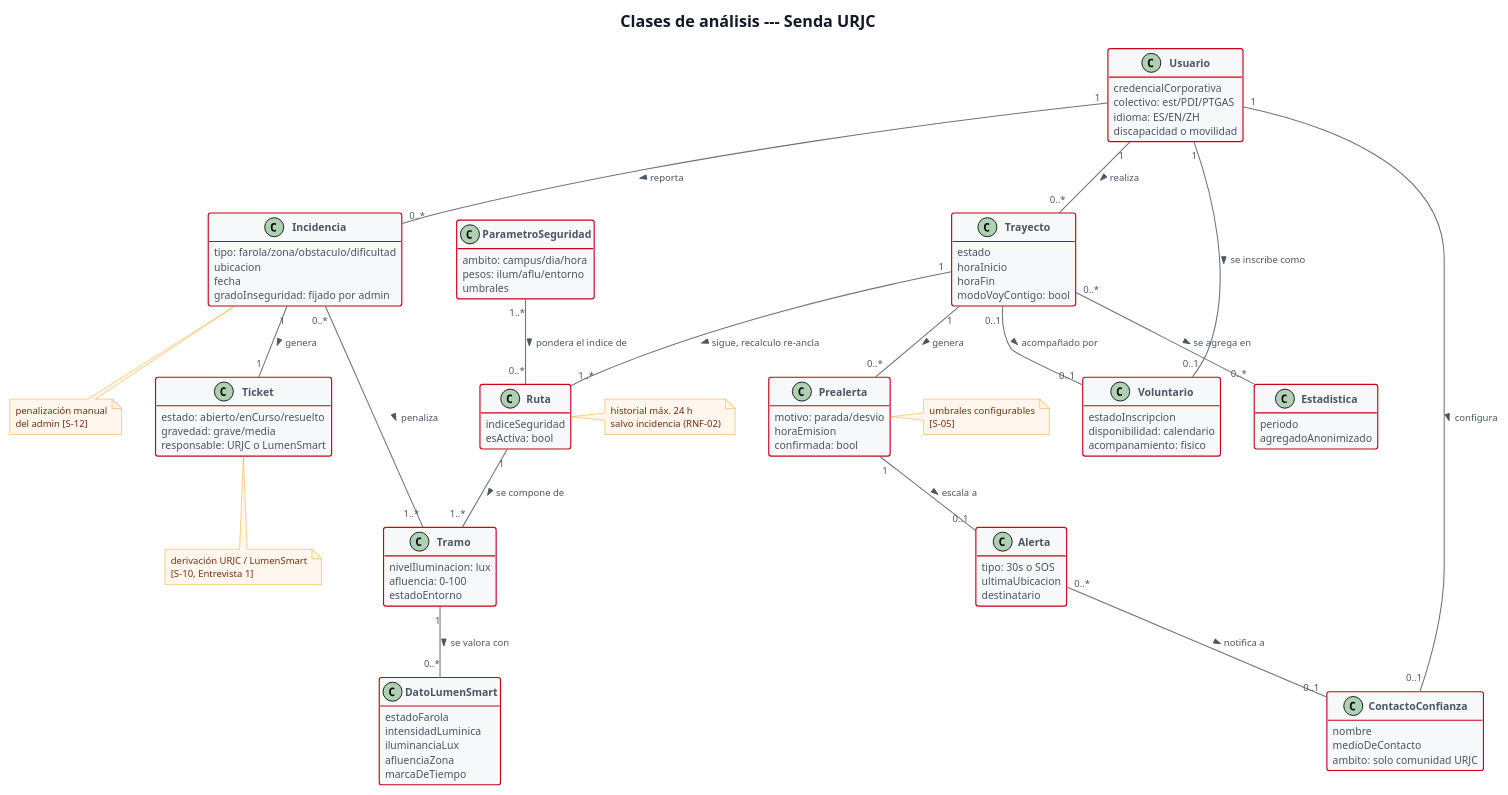
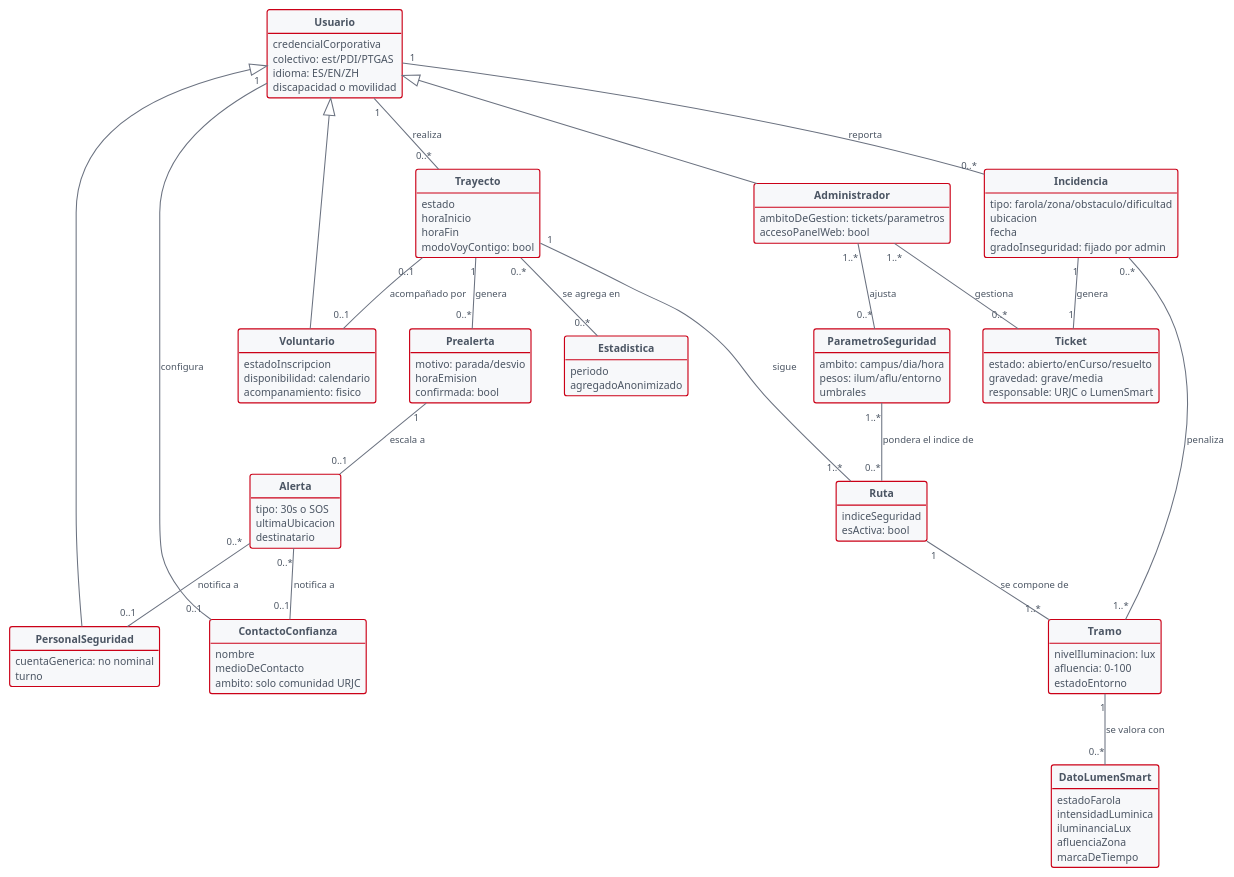
One commit to adrianpalacio/tfg-senda-urjc changed the diagram in fase3-especificacion/uml/clases-analisis.puml. Above: the diagram before and after it, drawn with PlantUML. The commit also changed 7 other files, not shown here.

Commit message:
UML rehechos tras la revision del tutor: casos de uso ampliados (solicitar/atender acompanamiento separados, sin flechas actor-CU, sin notas), clases con jerarquia de roles, estados planos sin marcadores de supuesto

```diff
--- a/fase3-especificacion/uml/clases-analisis.puml
+++ b/fase3-especificacion/uml/clases-analisis.puml
@@ -1,137 +1,141 @@
 @startuml clases-analisis
-' Rama tradicional - clases de analisis (actualizado 25/08/2026 tras Entrevista 1)
+' Rama tradicional - clases de analisis
+' Rehecho 12/09/2026 segun comentarios del tutor (pag 96 de la revision):
+' sin titulo interno, sin circulito de clase, sin marcadores de direccion en
+' las etiquetas, sin notas, y con la jerarquia de roles que hereda de Usuario.
 ' Nota: se evita el uso de parentesis en los atributos porque con "hide methods"
 ' PlantUML los interpretaria como metodos y los ocultaria.
 skinparam backgroundColor #FFFFFF
 skinparam shadowing false
 skinparam classAttributeIconSize 0
 hide methods
+hide circle
 skinparam defaultFontName "Segoe UI"
 skinparam defaultFontSize 12
 skinparam ArrowColor #6B7280
 skinparam ArrowThickness 1.1
 skinparam ArrowFontColor #4B5563
 skinparam ArrowFontSize 10
-skinparam TitleFontName "Segoe UI Semibold"
-skinparam TitleFontSize 17
-skinparam TitleFontColor #111827
 skinparam class {
   BackgroundColor #F7F8FA
   BorderColor #CB0017
   BorderThickness 1.2
   FontColor #111827
   FontStyle bold
   AttributeFontColor #4B5563
   AttributeFontSize 11
 }
-skinparam note {
-  BackgroundColor #FFF7ED
-  BorderColor #F59E0B
-  FontColor #7C2D12
-  FontSize 10
-}
-
-title Clases de análisis --- Senda URJC
 
 class Usuario {
   credencialCorporativa
   colectivo: est/PDI/PTGAS
   idioma: ES/EN/ZH
   discapacidad o movilidad
 }
 
+class Voluntario {
+  estadoInscripcion
+  disponibilidad: calendario
+  acompanamiento: fisico
+}
+
+class Administrador {
+  ambitoDeGestion: tickets/parametros
+  accesoPanelWeb: bool
+}
+
+class PersonalSeguridad {
+  cuentaGenerica: no nominal
+  turno
+}
+
+Usuario <|-- Voluntario
+Usuario <|-- Administrador
+Usuario <|-- PersonalSeguridad
+
 class ContactoConfianza {
   nombre
   medioDeContacto
   ambito: solo comunidad URJC
-}
-
-class Voluntario {
-  estadoInscripcion
-  disponibilidad: calendario
-  acompanamiento: fisico
 }
 
 class Trayecto {
   estado
   horaInicio
   horaFin
   modoVoyContigo: bool
 }
 
 class Ruta {
   indiceSeguridad
   esActiva: bool
 }
 
 class Tramo {
   nivelIluminacion: lux
   afluencia: 0-100
   estadoEntorno
 }
 
 class DatoLumenSmart {
   estadoFarola
   intensidadLuminica
   iluminanciaLux
   afluenciaZona
   marcaDeTiempo
 }
 
 class Prealerta {
   motivo: parada/desvio
   horaEmision
   confirmada: bool
 }
 
 class Alerta {
   tipo: 30s o SOS
   ultimaUbicacion
   destinatario
 }
 
 class Incidencia {
   tipo: farola/zona/obstaculo/dificultad
   ubicacion
   fecha
   gradoInseguridad: fijado por admin
 }
 
 class Ticket {
   estado: abierto/enCurso/resuelto
   gravedad: grave/media
   responsable: URJC o LumenSmart
 }
 
 class ParametroSeguridad {
   ambito: campus/dia/hora
   pesos: ilum/aflu/entorno
   umbrales
 }
 
 class Estadistica {
   periodo
   agregadoAnonimizado
 }
 
-Usuario "1" -- "0..1" ContactoConfianza : configura >
-Usuario "1" -- "0..1" Voluntario : se inscribe como >
-Usuario "1" -- "0..*" Trayecto : realiza >
-Trayecto "1" -- "1..*" Ruta : sigue, recalculo re-ancla >
-Ruta "1" -- "1..*" Tramo : se compone de >
-Tramo "1" -- "0..*" DatoLumenSmart : se valora con >
-Trayecto "1" -- "0..*" Prealerta : genera >
-Prealerta "1" -- "0..1" Alerta : escala a >
-Trayecto "0..1" -- "0..1" Voluntario : acompañado por >
-Alerta "0..*" -- "0..1" ContactoConfianza : notifica a >
-Usuario "1" -- "0..*" Incidencia : reporta >
-Incidencia "1" -- "1" Ticket : genera >
-Incidencia "0..*" -- "1..*" Tramo : penaliza >
-ParametroSeguridad "1..*" -- "0..*" Ruta : pondera el indice de >
-Trayecto "0..*" -- "0..*" Estadistica : se agrega en >
-
-note right of Ruta : historial máx. 24 h\nsalvo incidencia (RNF-02)
-note bottom of Ticket : derivación URJC / LumenSmart\n[S-10, Entrevista 1]
-note bottom of Incidencia : penalización manual\ndel admin [S-12]
-note right of Prealerta : umbrales configurables\n[S-05]
+Usuario "1" -- "0..1" ContactoConfianza : configura
+Usuario "1" -- "0..*" Trayecto : realiza
+Trayecto "1" -- "1..*" Ruta : sigue
+Ruta "1" -- "1..*" Tramo : se compone de
+Tramo "1" -- "0..*" DatoLumenSmart : se valora con
+Trayecto "1" -- "0..*" Prealerta : genera
+Prealerta "1" -- "0..1" Alerta : escala a
+Trayecto "0..1" -- "0..1" Voluntario : acompañado por
+Alerta "0..*" -- "0..1" ContactoConfianza : notifica a
+Alerta "0..*" -- "0..1" PersonalSeguridad : notifica a
+Usuario "1" -- "0..*" Incidencia : reporta
+Incidencia "1" -- "1" Ticket : genera
+Incidencia "0..*" -- "1..*" Tramo : penaliza
+Administrador "1..*" -- "0..*" Ticket : gestiona
+Administrador "1..*" -- "0..*" ParametroSeguridad : ajusta
+ParametroSeguridad "1..*" -- "0..*" Ruta : pondera el indice de
+Trayecto "0..*" -- "0..*" Estadistica : se agrega en
 @enduml
```
